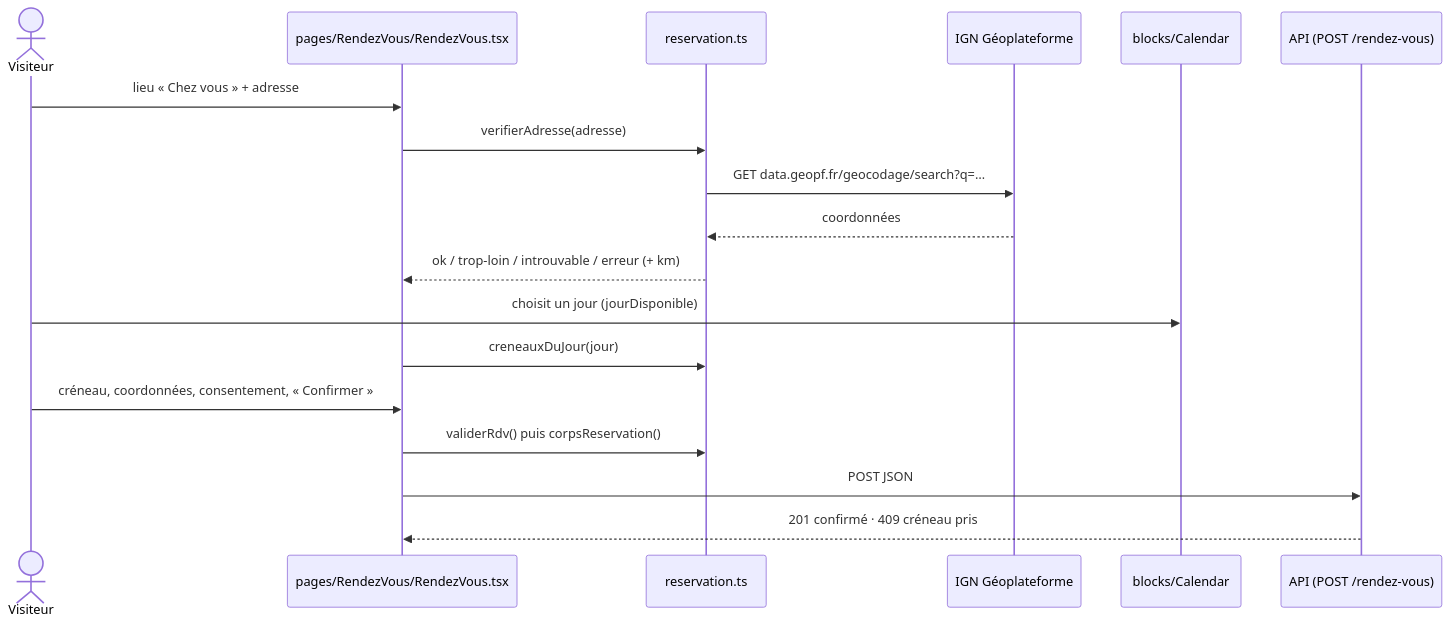
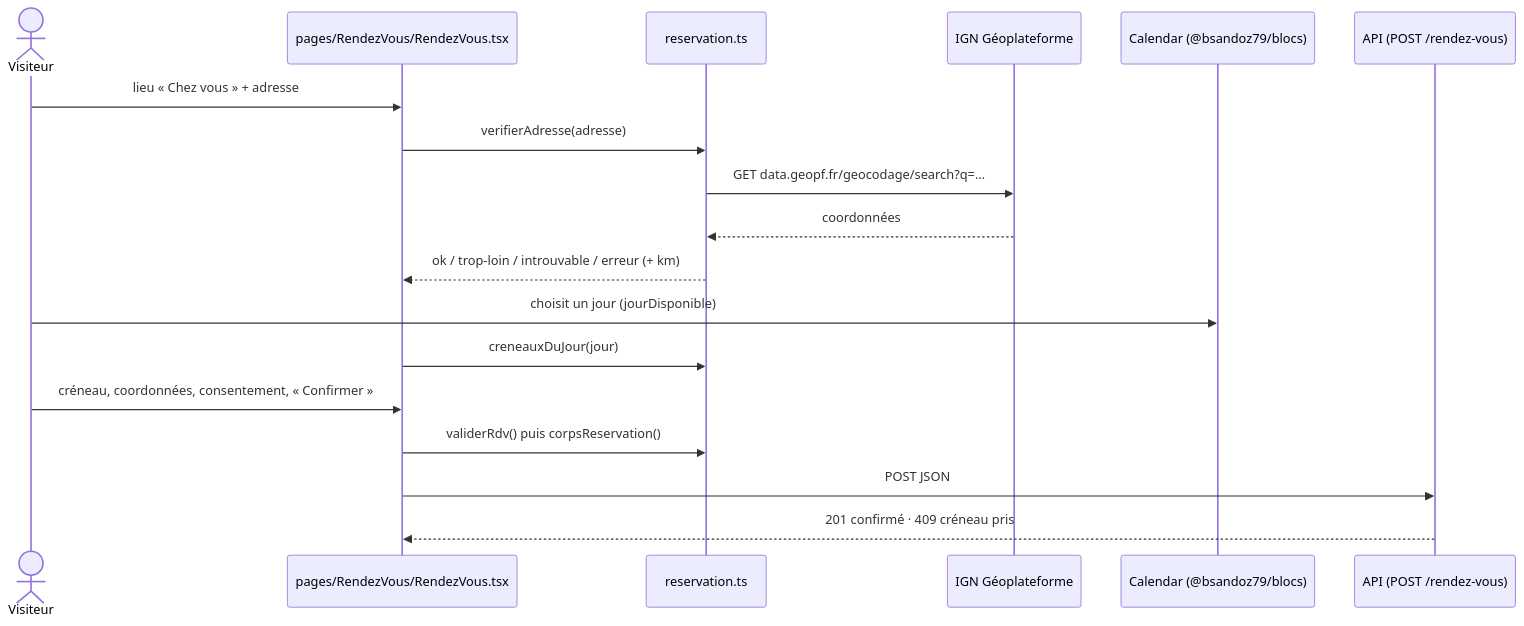
One commit to bsandoz79/bsandoz-site changed the diagram in docs/fonctionnalites/rendez-vous.md. Above: the diagram before and after it, drawn with Mermaid. The commit also changed other lines of this file and 7 other files, not shown here.

````diff
--- a/docs/fonctionnalites/rendez-vous.md
+++ b/docs/fonctionnalites/rendez-vous.md
@@ -7,20 +7,20 @@
 ```mermaid
 sequenceDiagram
   actor V as Visiteur
   participant P as pages/RendezVous/RendezVous.tsx
   participant R as reservation.ts
   participant G as IGN Géoplateforme
-  participant C as blocks/Calendar
+  participant C as Calendar (@bsandoz79/blocs)
   participant A as API (POST /rendez-vous)
   V->>P: lieu « Chez vous » + adresse
   P->>R: verifierAdresse(adresse)
   R->>G: GET data.geopf.fr/geocodage/search?q=…
   G-->>R: coordonnées
   R-->>P: ok / trop-loin / introuvable / erreur (+ km)
   V->>C: choisit un jour (jourDisponible)
   P->>R: creneauxDuJour(jour)
   V->>P: créneau, coordonnées, consentement, « Confirmer »
   P->>R: validerRdv() puis corpsReservation()
   P->>A: POST JSON
   A-->>P: 201 confirmé · 409 créneau pris
 ```
````
